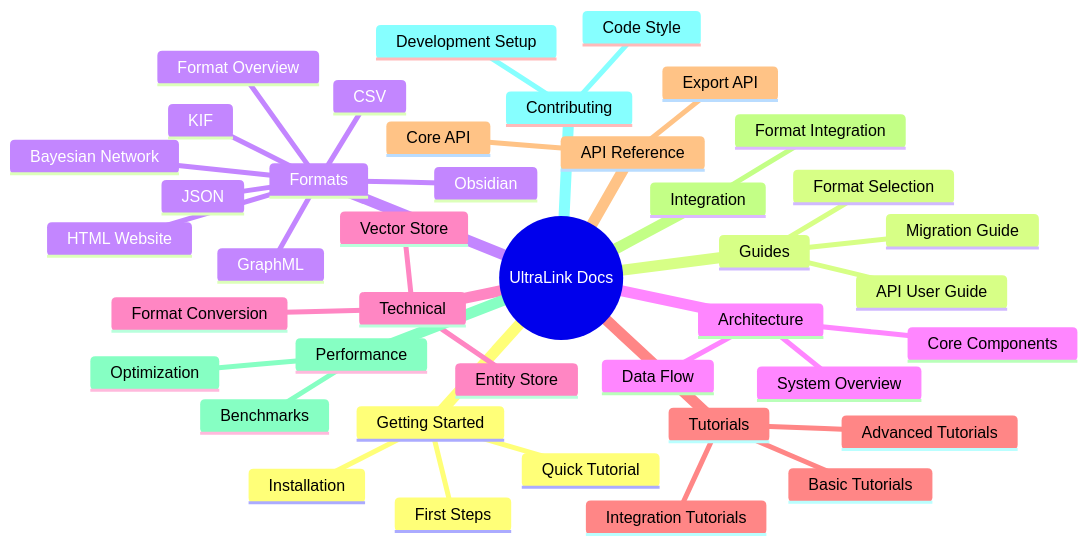
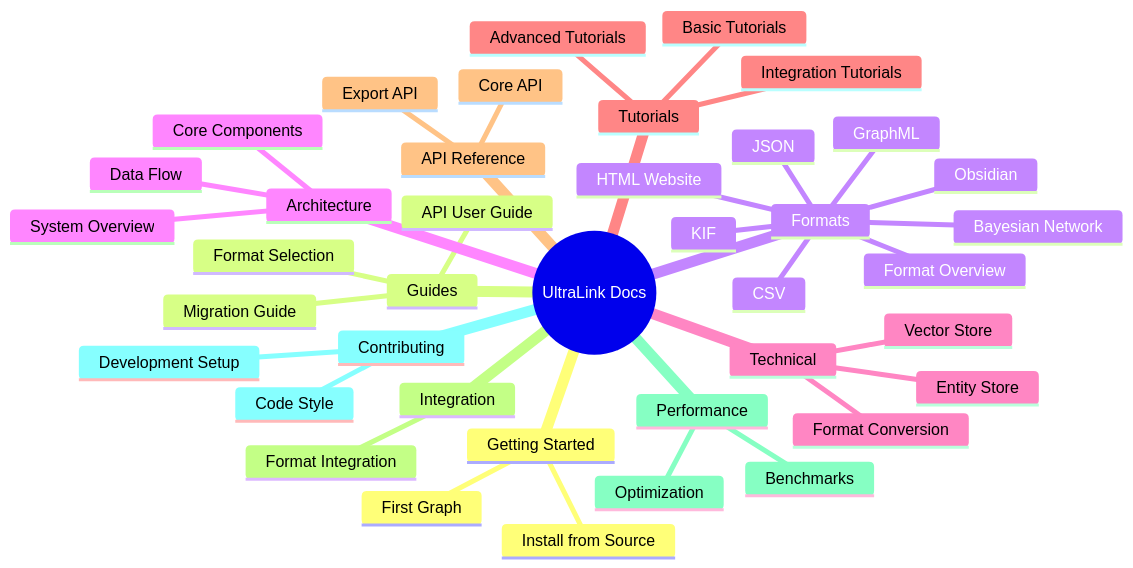
The diagram in docs/README.md (docxology/ultralink-docx), drawn with Mermaid before and after one commit. The commit also changed other lines of this file and 1 other file, not shown here.

First line of the commit message:
docs: give new readers a source-checkout first graph

````diff
--- a/docs/README.md
+++ b/docs/README.md
@@ -35,44 +35,43 @@
 ```mermaid
 mindmap
   root((UltraLink Docs))
     Getting Started
-      Installation
-      First Steps
-      Quick Tutorial
+      Install from Source
+      First Graph
     Guides
       API User Guide
       Format Selection
       Migration Guide
     Formats
       JSON
       GraphML
       CSV
       Obsidian
       HTML Website
       Bayesian Network
       KIF
       Format Overview
     Architecture
       System Overview
       Core Components
       Data Flow
     Technical
       Format Conversion
       Entity Store
       Vector Store
     Tutorials
       Basic Tutorials
       Advanced Tutorials
       Integration Tutorials
     API Reference
       Core API
       Export API
     Integration
       Format Integration
     Performance
       Benchmarks
       Optimization
     Contributing
       Development Setup
       Code Style
 ```
````
